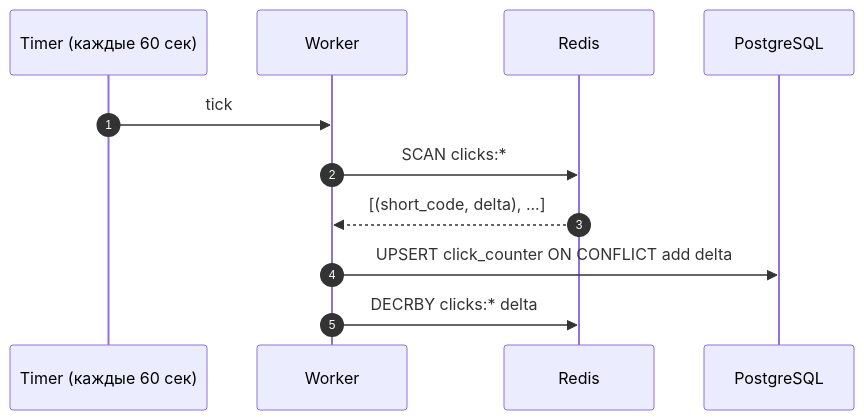
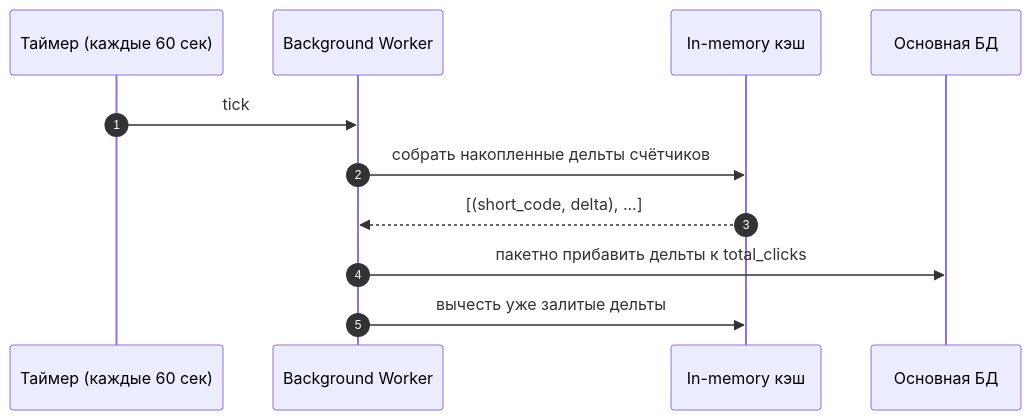
Before and after one commit to f1yToMoon/url_shortener: the eighth of 9 diagrams in README.md, drawn with Mermaid. The commit also changed other lines of this file, not shown here.

````diff
--- a/README.md
+++ b/README.md
@@ -447,14 +445,14 @@
 ```mermaid
 sequenceDiagram
   autonumber
-  participant T as Timer (каждые 60 сек)
-  participant W as Worker
-  participant Redis as Redis
-  participant PG as PostgreSQL
+  participant T as Таймер (каждые 60 сек)
+  participant W as Background Worker
+  participant KV as In-memory кэш
+  participant DB as Основная БД
 
   T->>W: tick
-  W->>Redis: SCAN clicks:*
-  Redis-->>W: [(short_code, delta), ...]
-  W->>PG: UPSERT click_counter ON CONFLICT add delta
-  W->>Redis: DECRBY clicks:* delta
+  W->>KV: собрать накопленные дельты счётчиков
+  KV-->>W: [(short_code, delta), ...]
+  W->>DB: пакетно прибавить дельты к total_clicks
+  W->>KV: вычесть уже залитые дельты
 ```
````
